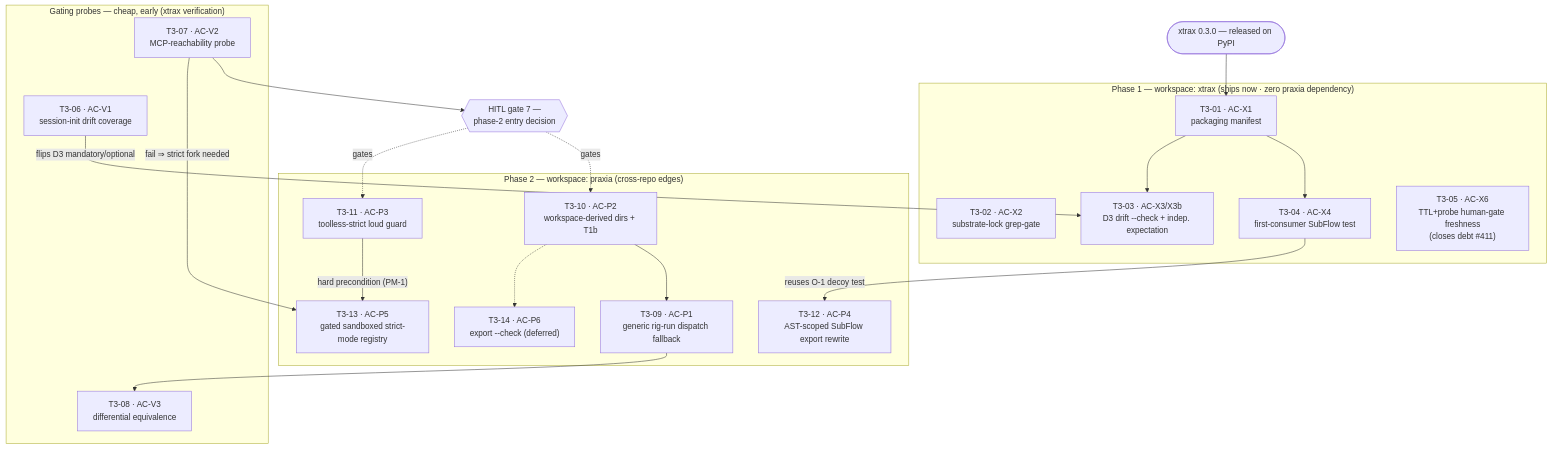
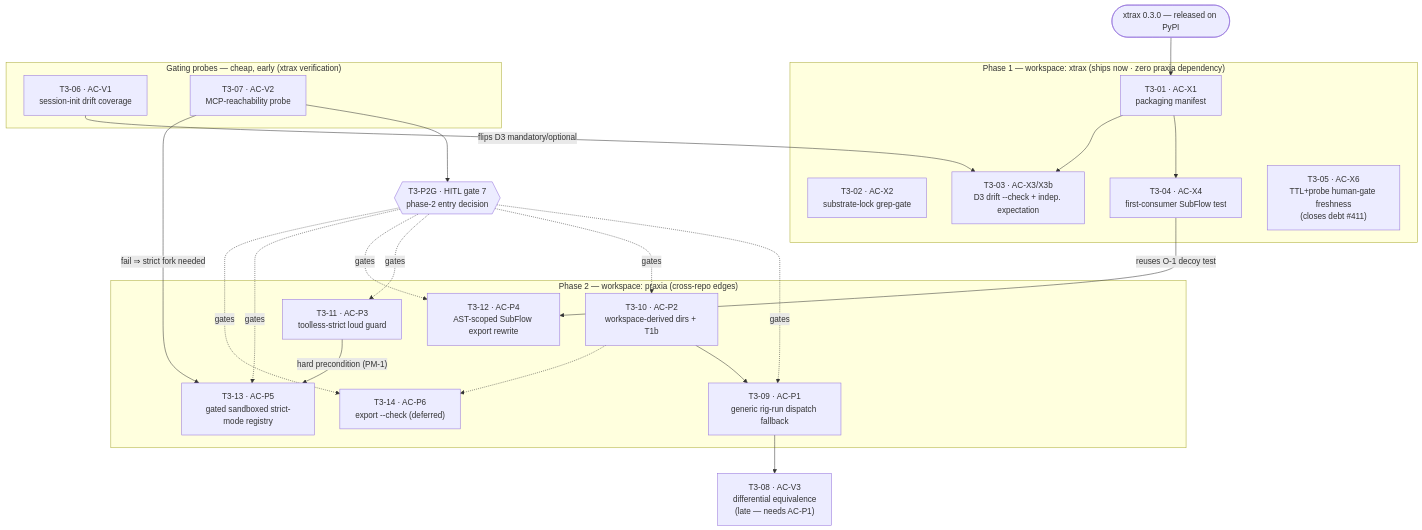
One commit to maraxen/xtrax changed the diagram in .praxia/docs/roadmaps/research-epics/260702_03-dag-plugin-workflows.md. Above: the diagram before and after it, drawn with Mermaid. The commit also changed other lines of this file and 3 other files, not shown here.

First line of the commit message:
roadmap(revise-r1): apply 21 adjudicated adversarial findings (2 blockers, 10 majors, 9 minors)

````diff
--- a/.praxia/docs/roadmaps/research-epics/260702_03-dag-plugin-workflows.md
+++ b/.praxia/docs/roadmaps/research-epics/260702_03-dag-plugin-workflows.md
@@ -55,43 +65,48 @@
 ```mermaid
 flowchart TB
   released([xtrax 0.3.0 — released on PyPI])
 
   subgraph P1["Phase 1 — workspace: xtrax (ships now · zero praxia dependency)"]
     X1["T3-01 · AC-X1<br/>packaging manifest"]
     X2["T3-02 · AC-X2<br/>substrate-lock grep-gate"]
     X4["T3-04 · AC-X4<br/>first-consumer SubFlow test"]
     X3["T3-03 · AC-X3/X3b<br/>D3 drift --check + indep. expectation"]
     X6["T3-05 · AC-X6<br/>TTL+probe human-gate freshness<br/>(closes debt #411)"]
   end
 
   subgraph PROBES["Gating probes — cheap, early (xtrax verification)"]
     V1["T3-06 · AC-V1<br/>session-init drift coverage"]
     V2["T3-07 · AC-V2<br/>MCP-reachability probe"]
-    V3["T3-08 · AC-V3<br/>differential equivalence"]
   end
+
+  V3["T3-08 · AC-V3<br/>differential equivalence<br/>(late — needs AC-P1)"]
 
   subgraph P2["Phase 2 — workspace: praxia (cross-repo edges)"]
     P2dirs["T3-10 · AC-P2<br/>workspace-derived dirs + T1b"]
     P1disp["T3-09 · AC-P1<br/>generic rig-run dispatch fallback"]
     P3guard["T3-11 · AC-P3<br/>toolless-strict loud guard"]
     P4rw["T3-12 · AC-P4<br/>AST-scoped SubFlow export rewrite"]
     P5reg["T3-13 · AC-P5<br/>gated sandboxed strict-mode registry"]
     P6chk["T3-14 · AC-P6<br/>export --check (deferred)"]
   end
 
-  HG{{"HITL gate 7 —<br/>phase-2 entry decision"}}
+  HG{{"T3-P2G · HITL gate 7<br/>phase-2 entry decision"}}
 
   released --> X1
   X1 --> X4
   X1 --> X3
   V1 -->|"flips D3 mandatory/optional"| X3
   X4 -->|"reuses O-1 decoy test"| P4rw
   P2dirs --> P1disp
   P1disp --> V3
   V2 --> HG
+  HG -.->|gates| P1disp
   HG -.->|gates| P2dirs
   HG -.->|gates| P3guard
+  HG -.->|gates| P4rw
+  HG -.->|gates| P5reg
+  HG -.->|gates| P6chk
   V2 -->|"fail ⇒ strict fork needed"| P5reg
   P3guard -->|"hard precondition (PM-1)"| P5reg
   P2dirs -.-> P6chk
 ```
````
